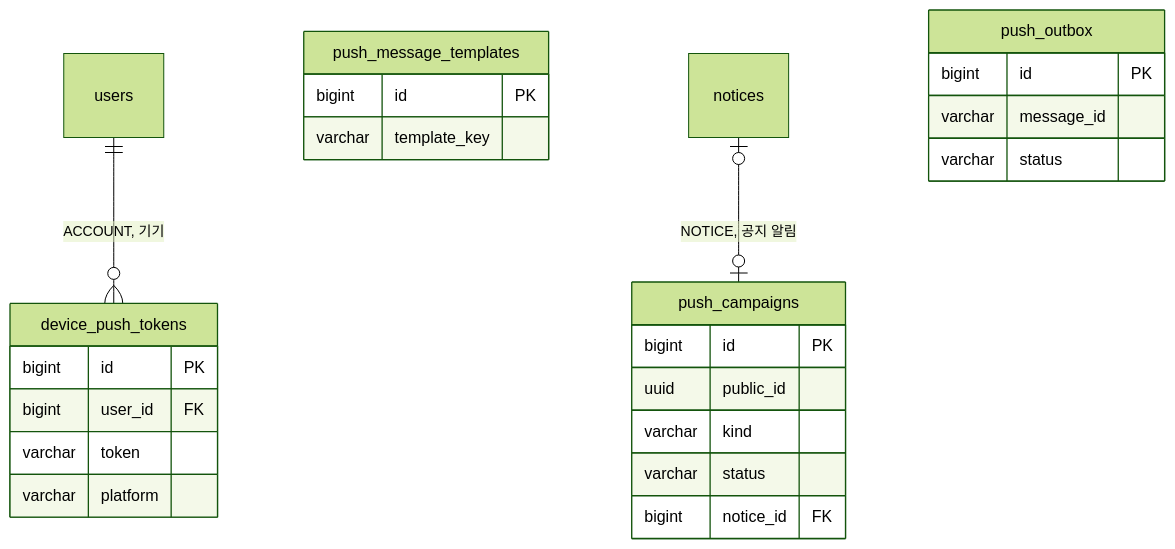
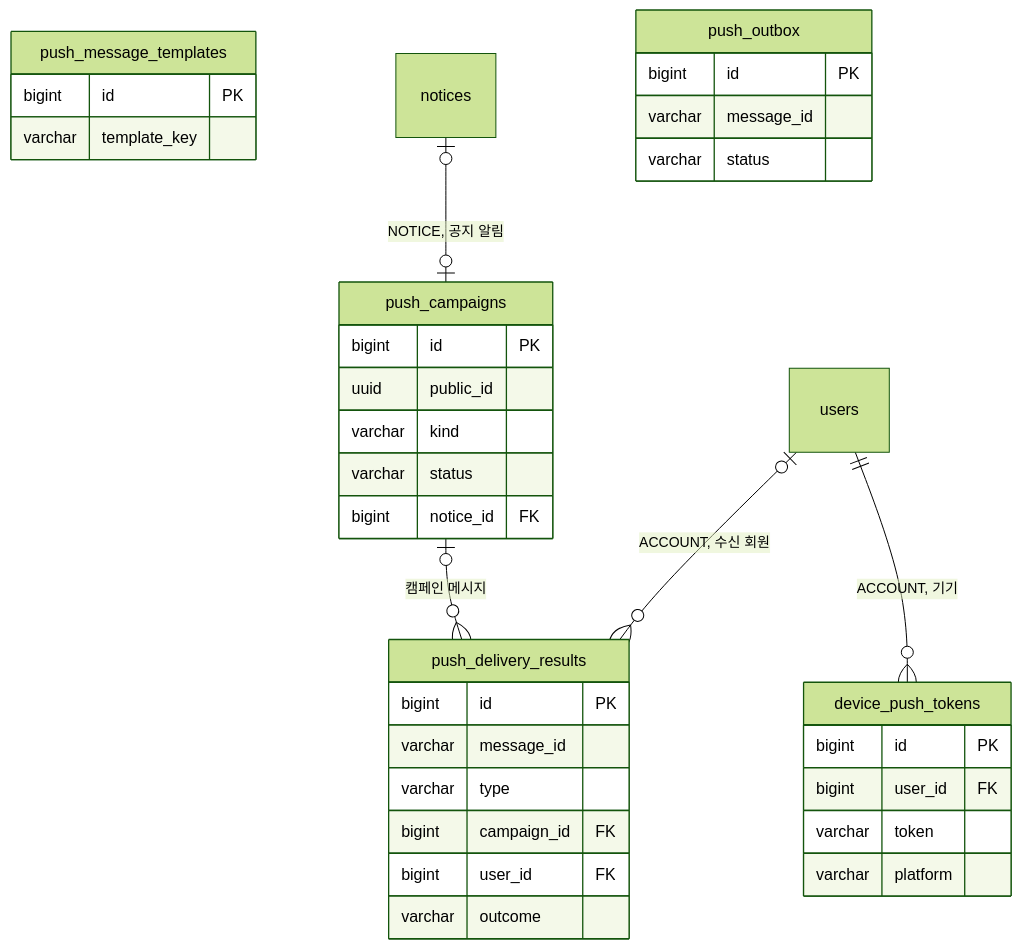
Before and after one commit to KIM-N-KANG/knk-harness: the diagram in docs/domain/NOTIFICATION/BACKEND/3-2-DB-SCHEMA.md, drawn with Mermaid (forest theme). The commit also changed other lines of this file and 16 other files, not shown here.

````diff
--- a/docs/domain/NOTIFICATION/BACKEND/3-2-DB-SCHEMA.md
+++ b/docs/domain/NOTIFICATION/BACKEND/3-2-DB-SCHEMA.md
@@ -26,27 +26,37 @@
 ```mermaid
 erDiagram
     users ||--o{ device_push_tokens : "ACCOUNT, 기기"
     device_push_tokens {
         bigint id PK
         bigint user_id FK
         varchar token
         varchar platform
     }
     push_message_templates {
         bigint id PK
         varchar template_key
     }
     notices |o--o| push_campaigns : "NOTICE, 공지 알림"
     push_campaigns {
         bigint id PK
         uuid public_id
         varchar kind
         varchar status
         bigint notice_id FK
     }
     push_outbox {
         bigint id PK
         varchar message_id
         varchar status
     }
+    push_campaigns |o--o{ push_delivery_results : "캠페인 메시지"
+    users |o--o{ push_delivery_results : "ACCOUNT, 수신 회원"
+    push_delivery_results {
+        bigint id PK
+        varchar message_id
+        varchar type
+        bigint campaign_id FK
+        bigint user_id FK
+        varchar outcome
+    }
 ```
````
